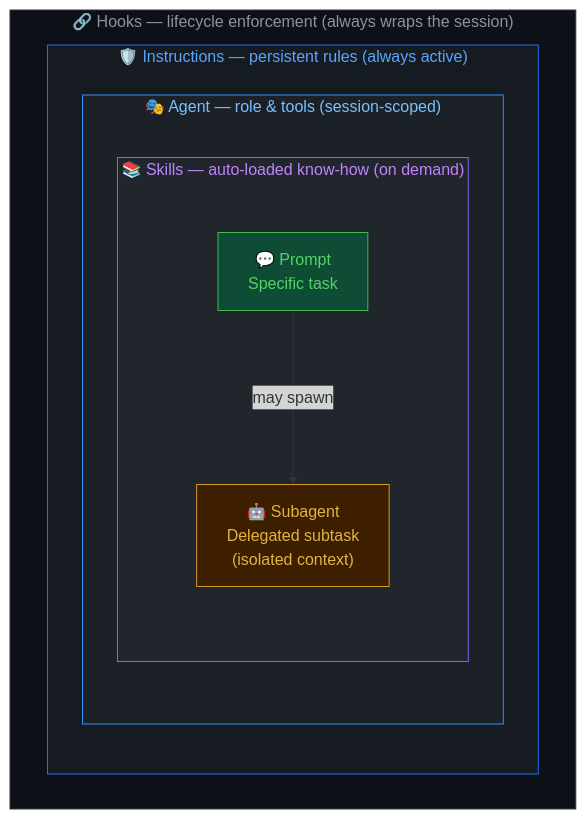
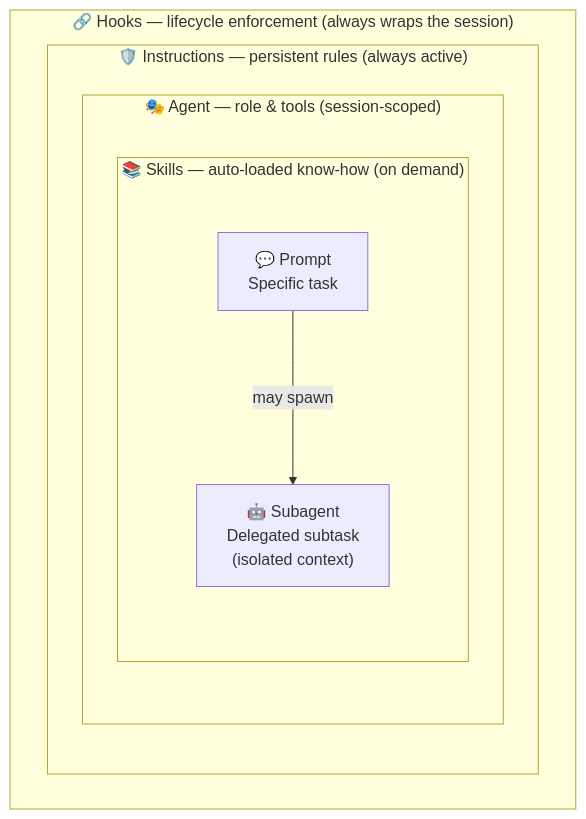
Before and after one commit to GravionLabs/apm-hub: the first of 2 diagrams in docs/concepts/mental-model.md, drawn with Mermaid. The commit also changed other lines of this file and 11 other files, not shown here.

First line of the commit message:
feat: add cross-platform Mermaid diagram support (GitHub + Azure DevOps)

````diff
--- a/docs/concepts/mental-model.md
+++ b/docs/concepts/mental-model.md
@@ -22,21 +27,14 @@
 ```mermaid
 flowchart TD
     subgraph hooks ["🔗 Hooks — lifecycle enforcement (always wraps the session)"]
         subgraph instr ["🛡️ Instructions — persistent rules (always active)"]
             subgraph agent ["🎭 Agent — role & tools (session-scoped)"]
                 subgraph skills ["📚 Skills — auto-loaded know-how (on demand)"]
                     P["💬 Prompt\nSpecific task"]
                     SA["🤖 Subagent\nDelegated subtask\n(isolated context)"]
                     P -- "may spawn" --> SA
                 end
             end
         end
     end
-
-    style hooks fill:#0d1117,stroke:#30363d,color:#8b949e
-    style instr fill:#161b22,stroke:#1f6feb,color:#58a6ff
-    style agent fill:#1c2128,stroke:#388bfd,color:#79c0ff
-    style skills fill:#21262d,stroke:#8b5cf6,color:#c084fc
-    style P fill:#0f4c35,stroke:#3fb950,color:#56d364
-    style SA fill:#3d1f00,stroke:#d29922,color:#e3b341
 ```
````
